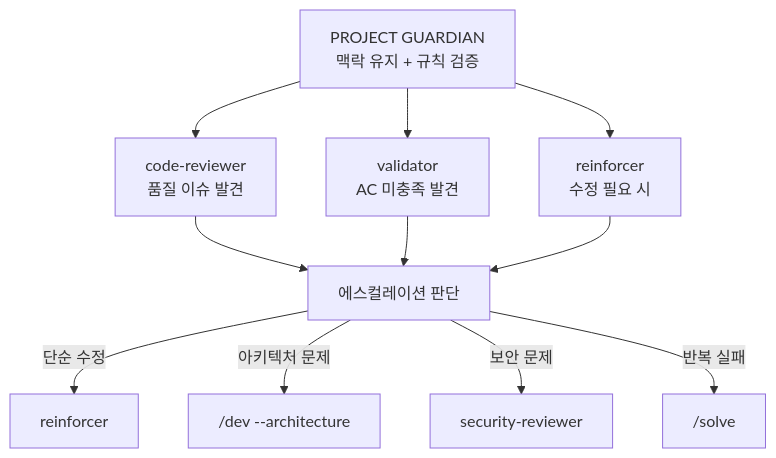
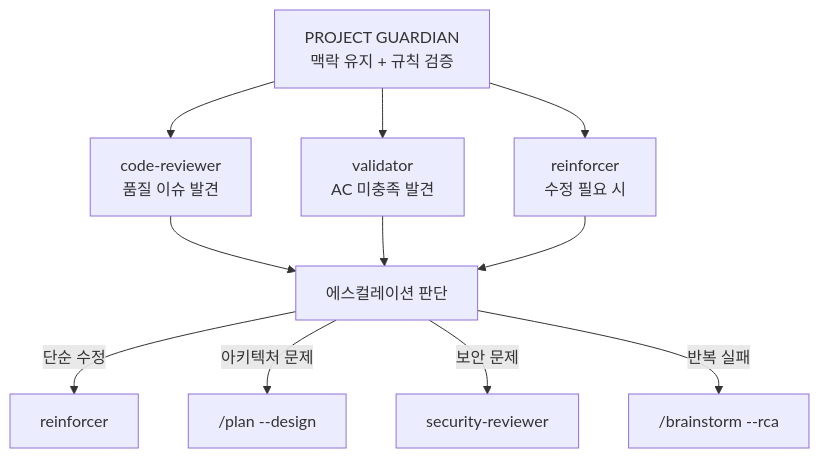
One commit to Wondermove-Inc/calab-claude-plugin changed the diagram in plugins/calab-plugin/agents/project-guardian.md. Above: the diagram before and after it, drawn with Mermaid. The commit also changed other lines of this file and 69 other files, not shown here.

First line of the commit message:
refactor: 워크플로우 간소화 — /dev,/solve 제거, /brainstorm,/plan 도입

````diff
--- a/plugins/calab-plugin/agents/project-guardian.md
+++ b/plugins/calab-plugin/agents/project-guardian.md
@@ -137,15 +151,15 @@
 ```mermaid
 graph TD
     GUARDIAN["PROJECT GUARDIAN<br/>맥락 유지 + 규칙 검증"] --> REVIEWER["code-reviewer<br/>품질 이슈 발견"]
     GUARDIAN --> VALIDATOR["validator<br/>AC 미충족 발견"]
     GUARDIAN --> REINFORCER["reinforcer<br/>수정 필요 시"]
 
     REVIEWER --> ESCALATE["에스컬레이션 판단"]
     VALIDATOR --> ESCALATE
     REINFORCER --> ESCALATE
 
     ESCALATE -->|단순 수정| R["reinforcer"]
-    ESCALATE -->|아키텍처 문제| D["/dev --architecture"]
+    ESCALATE -->|아키텍처 문제| D["/plan --design"]
     ESCALATE -->|보안 문제| S["security-reviewer"]
-    ESCALATE -->|반복 실패| SOLVE["/solve"]
+    ESCALATE -->|반복 실패| SOLVE["/brainstorm --rca"]
 ```
````
